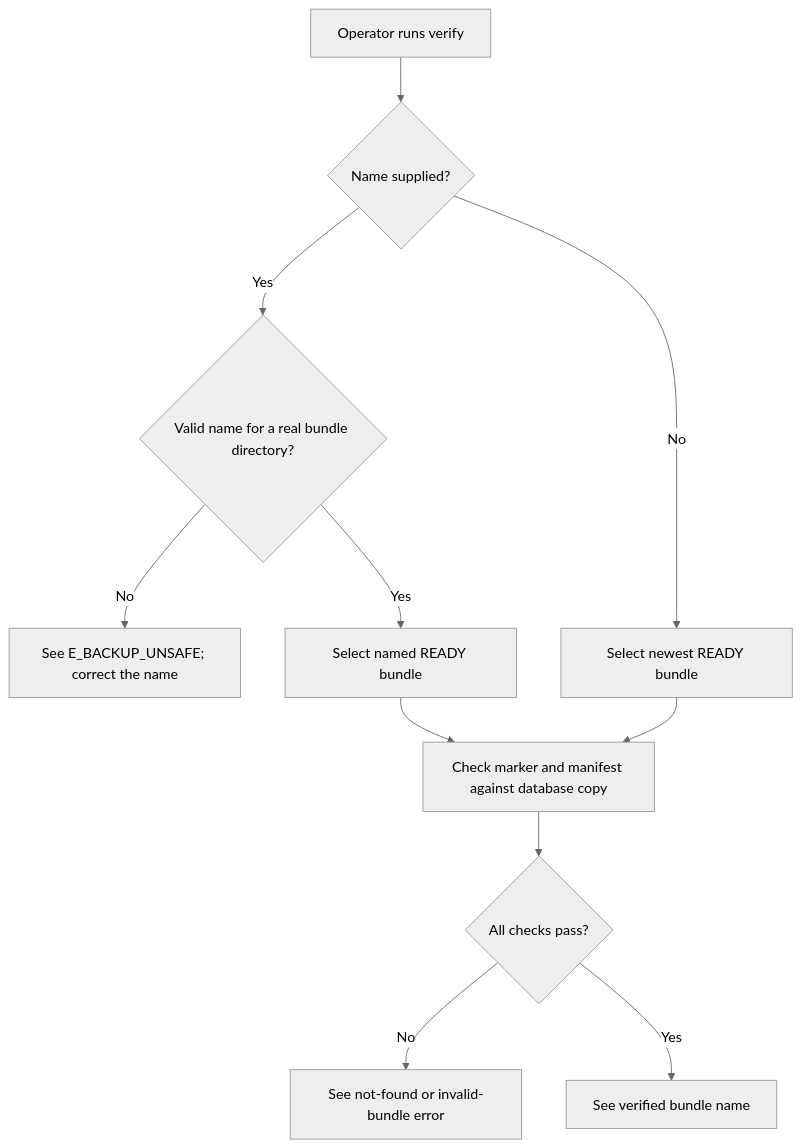
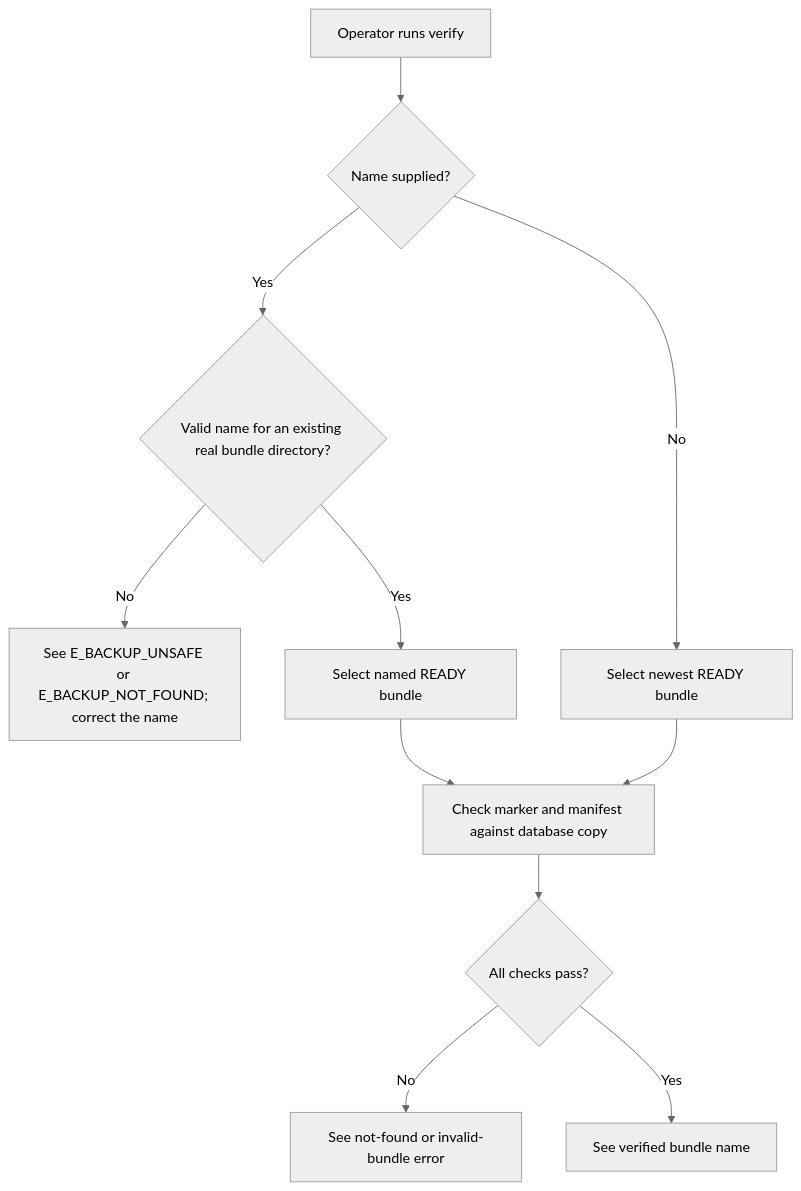
One commit to Kevinjohn/oss-adonisjs-sqlite-backup changed the first of 2 diagrams in user-stories/verify-bundle/us-op-03-verify-bundle.md. Above: the diagram before and after it, drawn with Mermaid (neutral theme). The commit also changed other lines of this file and 2 other files, not shown here.

Commit message:
docs: address user story review findings

````diff
--- a/user-stories/verify-bundle/us-op-03-verify-bundle.md
+++ b/user-stories/verify-bundle/us-op-03-verify-bundle.md
@@ -25,13 +25,13 @@
 ```mermaid
 flowchart TD
     A["Operator runs verify"] --> B{"Name supplied?"}
-    B -->|Yes| V{"Valid name for a real bundle directory?"}
-    V -->|No| W["See E_BACKUP_UNSAFE; correct the name"]
+    B -->|Yes| V{"Valid name for an existing real bundle directory?"}
+    V -->|No| W["See E_BACKUP_UNSAFE or E_BACKUP_NOT_FOUND; correct the name"]
     V -->|Yes| C["Select named READY bundle"]
     B -->|No| D["Select newest READY bundle"]
     C --> E["Check marker and manifest against database copy"]
     D --> E
     E --> F{"All checks pass?"}
     F -->|No| G["See not-found or invalid-bundle error"]
     F -->|Yes| H["See verified bundle name"]
 ```
````
